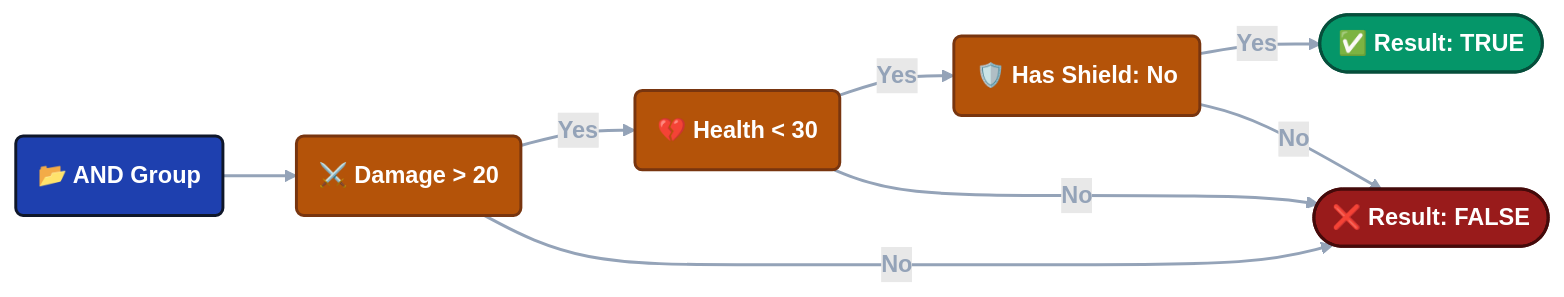
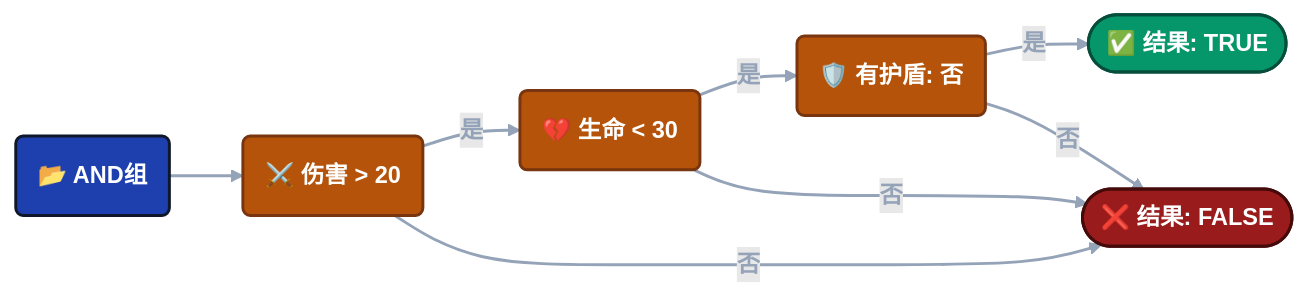
The first of 6 diagrams in i18n/zh/docusaurus-plugin-content-docs/current/game-event-system/flow-graph/game-event-node-behavior.md (tinygiants-tech/TinyGiants), drawn with Mermaid (forest theme) before and after one commit. The commit also changed other lines of this file and 4 other files, not shown here.

Commit message:
修复文档页图像高亮的样式丢失问题

````diff
--- a/i18n/zh/docusaurus-plugin-content-docs/current/game-event-system/flow-graph/game-event-node-behavior.md
+++ b/i18n/zh/docusaurus-plugin-content-docs/current/game-event-system/flow-graph/game-event-node-behavior.md
@@ -122,29 +118,29 @@
 ```mermaid
 graph LR
 
-	A(📂 AND Group):::root
+	A(📂 AND组):::root
     
-    C1(⚔️ Damage > 20):::cond
-    C2(💔 Health < 30):::cond
-    C3(🛡️ Has Shield: No):::cond
+    C1(⚔️ 伤害 > 20):::cond
+    C2(💔 生命 < 30):::cond
+    C3(🛡️ 有护盾: 否):::cond
     
-    R([✅ Result: TRUE]):::success
-    F([❌ Result: FALSE]):::fail
+    R([✅ 结果: TRUE]):::success
+    F([❌ 结果: FALSE]):::fail
 
     A --> C1
     
-    C1 -- Yes --> C2
-    C2 -- Yes --> C3
-    C3 -- Yes --> R
+    C1 -- 是 --> C2
+    C2 -- 是 --> C3
+    C3 -- 是 --> R
 
-    C1 -- No --> F
-    C2 -- No --> F
-    C3 -- No --> F
+    C1 -- 否 --> F
+    C2 -- 否 --> F
+    C3 -- 否 --> F
 
     classDef root fill:#1e40af,stroke:#0f172a,stroke-width:2px,color:#ffffff,font-weight:bold
     classDef cond fill:#b45309,stroke:#78350f,stroke-width:2px,color:#ffffff,font-weight:bold
     classDef success fill:#059669,stroke:#064e3b,stroke-width:2px,color:#ffffff,font-weight:bold
     classDef fail fill:#991b1b,stroke:#450a0a,stroke-width:2px,color:#ffffff,font-weight:bold
 
     linkStyle default stroke:#94a3b8,stroke-width:2px,color:#94a3b8
 ```
````
